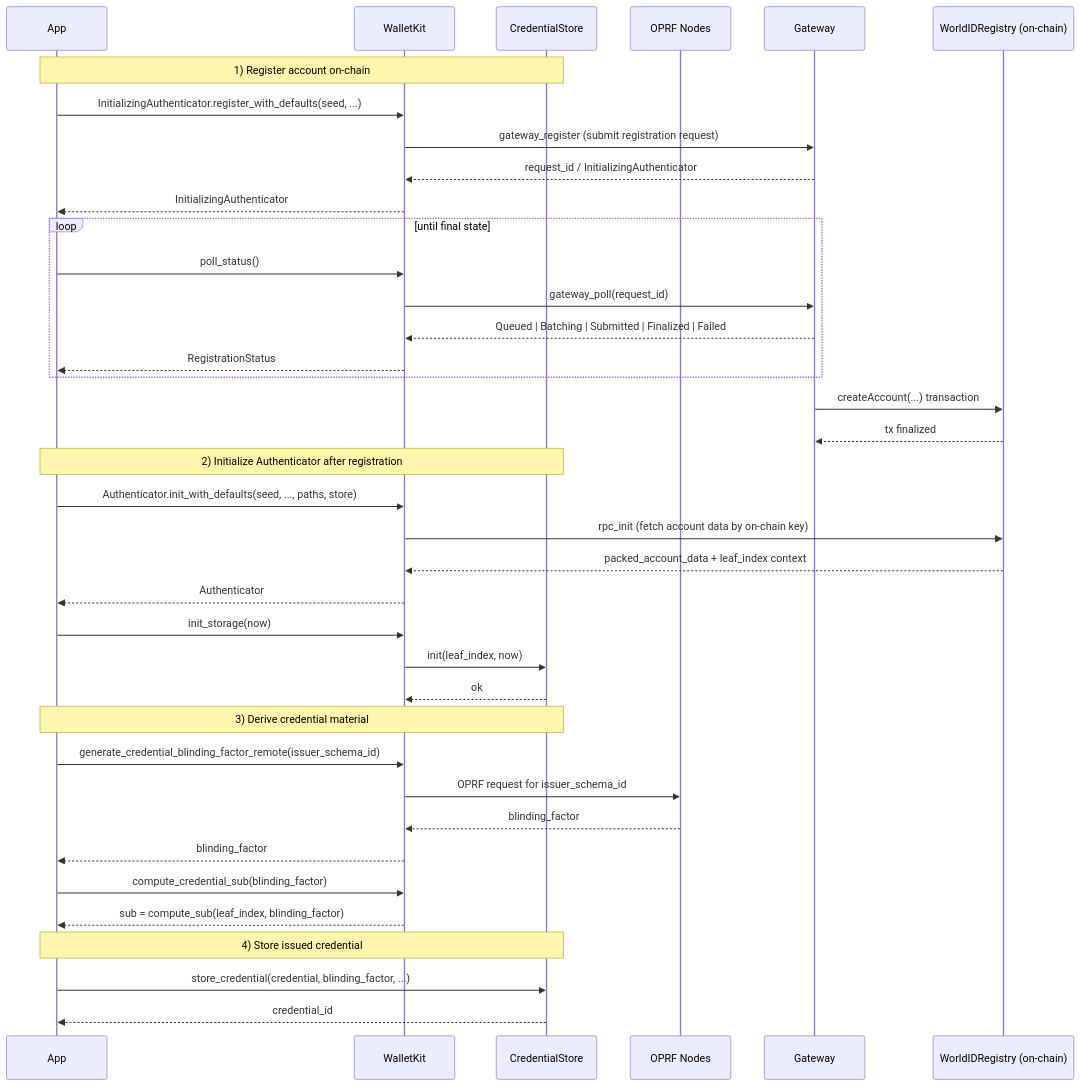
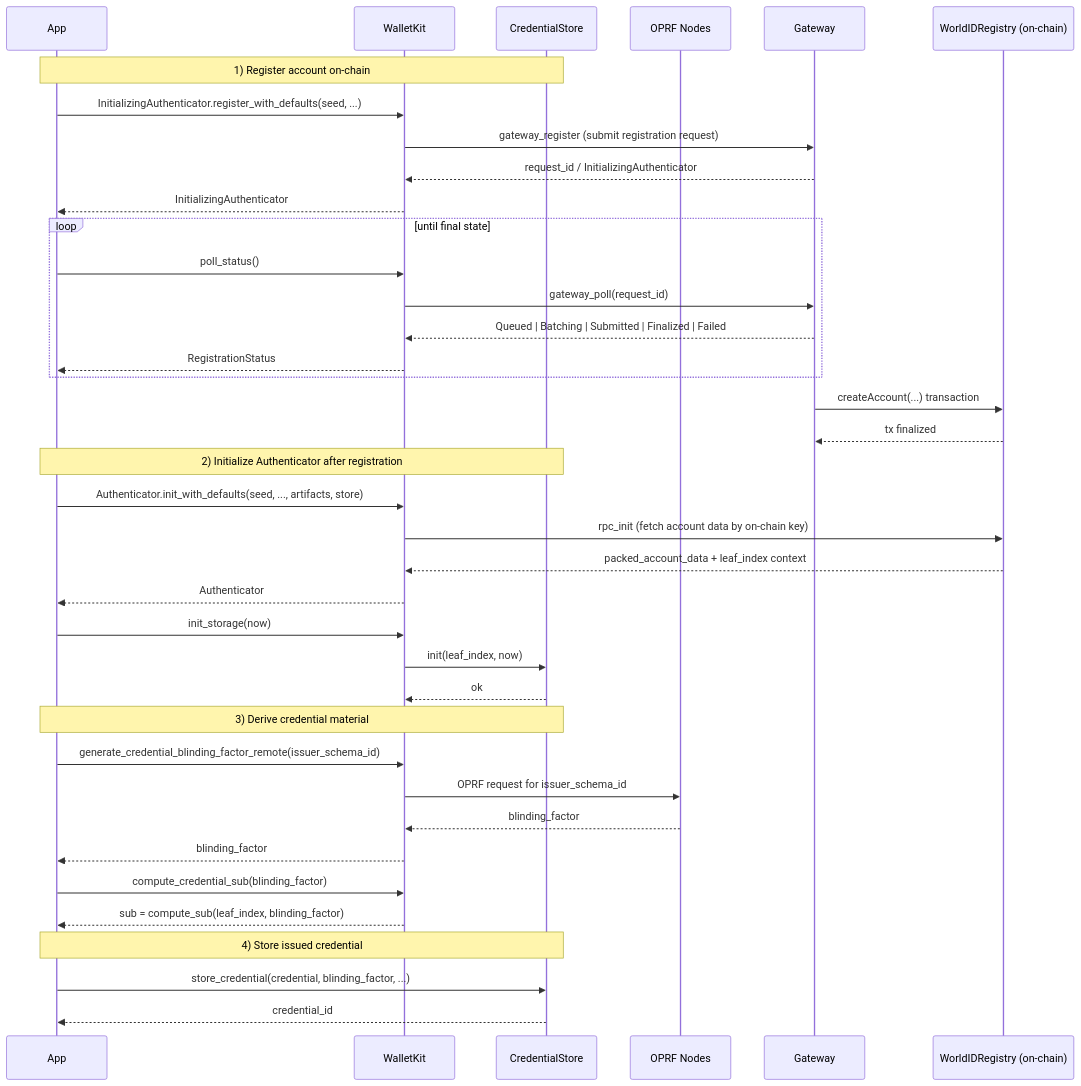
The diagram in docs/accounts.md (worldcoin/walletkit), drawn with Mermaid before and after one commit. The commit also changed 5 other files, not shown here.

````diff
--- a/docs/accounts.md
+++ b/docs/accounts.md
@@ -30,47 +30,47 @@
 ```mermaid
 sequenceDiagram
     participant App
     participant WK as WalletKit
     participant Store as CredentialStore
     participant OPRF as OPRF Nodes
     participant GW as Gateway
     participant Chain as WorldIDRegistry (on-chain)
 
     Note over App,Store: 1) Register account on-chain
     App->>WK: InitializingAuthenticator.register_with_defaults(seed, ...)
     WK->>GW: gateway_register (submit registration request)
     GW-->>WK: request_id / InitializingAuthenticator
     WK-->>App: InitializingAuthenticator
 
     loop until final state
         App->>WK: poll_status()
         WK->>GW: gateway_poll(request_id)
         GW-->>WK: Queued | Batching | Submitted | Finalized | Failed
         WK-->>App: RegistrationStatus
     end
 
     GW->>Chain: createAccount(...) transaction
     Chain-->>GW: tx finalized
 
     Note over App,Store: 2) Initialize Authenticator after registration
-    App->>WK: Authenticator.init_with_defaults(seed, ..., paths, store)
+    App->>WK: Authenticator.init_with_defaults(seed, ..., artifacts, store)
     WK->>Chain: rpc_init (fetch account data by on-chain key)
     Chain-->>WK: packed_account_data + leaf_index context
     WK-->>App: Authenticator
     App->>WK: init_storage(now)
     WK->>Store: init(leaf_index, now)
     Store-->>WK: ok
 
     Note over App,Store: 3) Derive credential material
     App->>WK: generate_credential_blinding_factor_remote(issuer_schema_id)
     WK->>OPRF: OPRF request for issuer_schema_id
     OPRF-->>WK: blinding_factor
     WK-->>App: blinding_factor
 
     App->>WK: compute_credential_sub(blinding_factor)
     WK-->>App: sub = compute_sub(leaf_index, blinding_factor)
 
     Note over App,Store: 4) Store issued credential
     App->>Store: store_credential(credential, blinding_factor, ...)
     Store-->>App: credential_id
 ```
````
